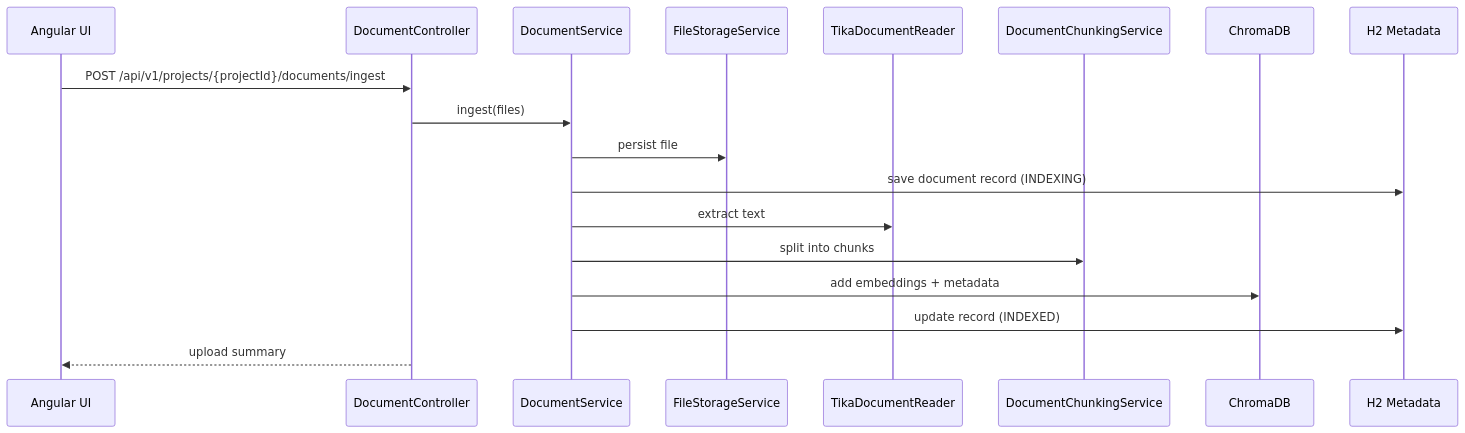
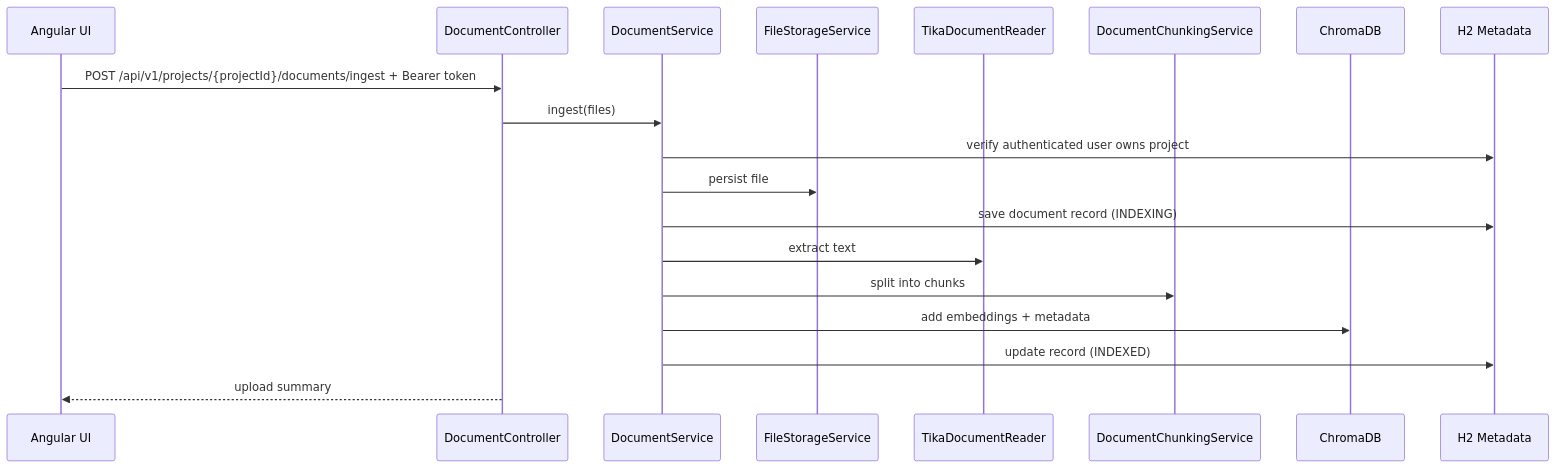
One commit to Aeontanvir/document-rag-using-spring-ai-and-angular changed the third of 4 diagrams in README.md. Above: the diagram before and after it, drawn with Mermaid. The commit also changed other lines of this file, not shown here.

Commit message:
docs: update auth and user workspace guide

````diff
--- a/README.md
+++ b/README.md
@@ -68,21 +93,22 @@
 ```mermaid
 sequenceDiagram
     participant UI as Angular UI
     participant API as DocumentController
     participant Service as DocumentService
     participant Store as FileStorageService
     participant Tika as TikaDocumentReader
     participant Chunker as DocumentChunkingService
     participant Chroma as ChromaDB
     participant H2 as H2 Metadata
 
-    UI->>API: POST /api/v1/projects/{projectId}/documents/ingest
+    UI->>API: POST /api/v1/projects/{projectId}/documents/ingest + Bearer token
     API->>Service: ingest(files)
+    Service->>H2: verify authenticated user owns project
     Service->>Store: persist file
     Service->>H2: save document record (INDEXING)
     Service->>Tika: extract text
     Service->>Chunker: split into chunks
     Service->>Chroma: add embeddings + metadata
     Service->>H2: update record (INDEXED)
     API-->>UI: upload summary
 ```
````
